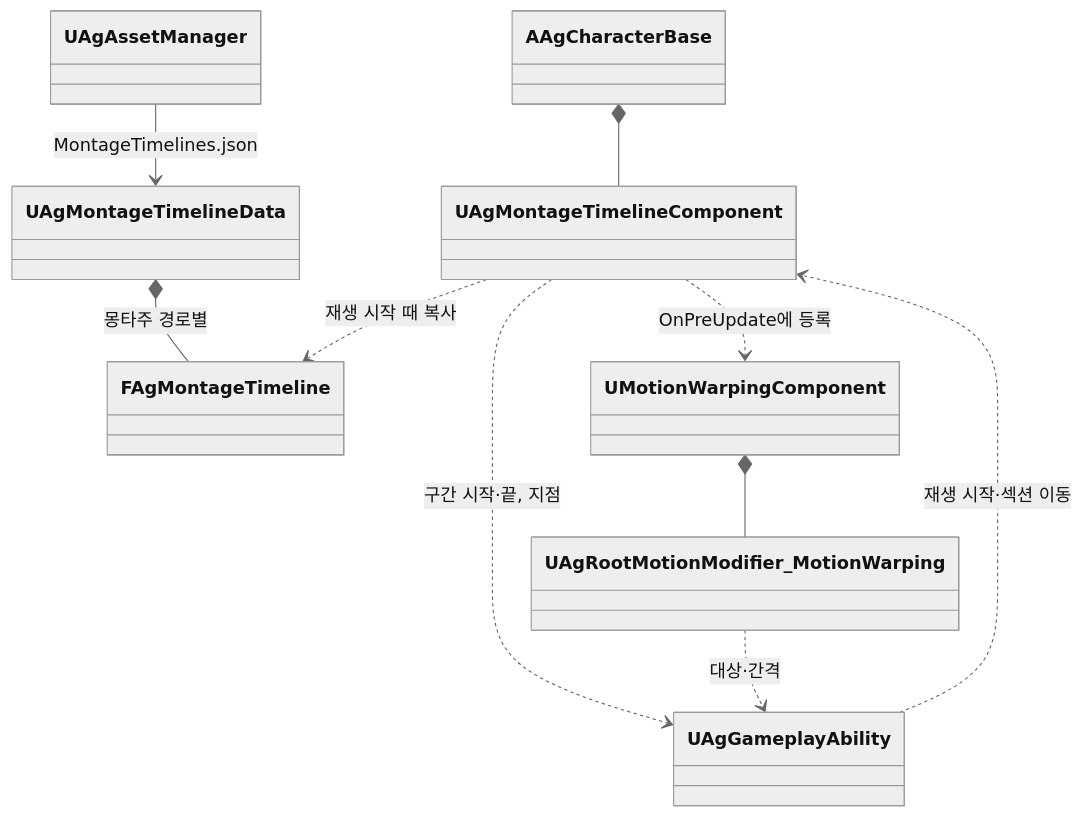
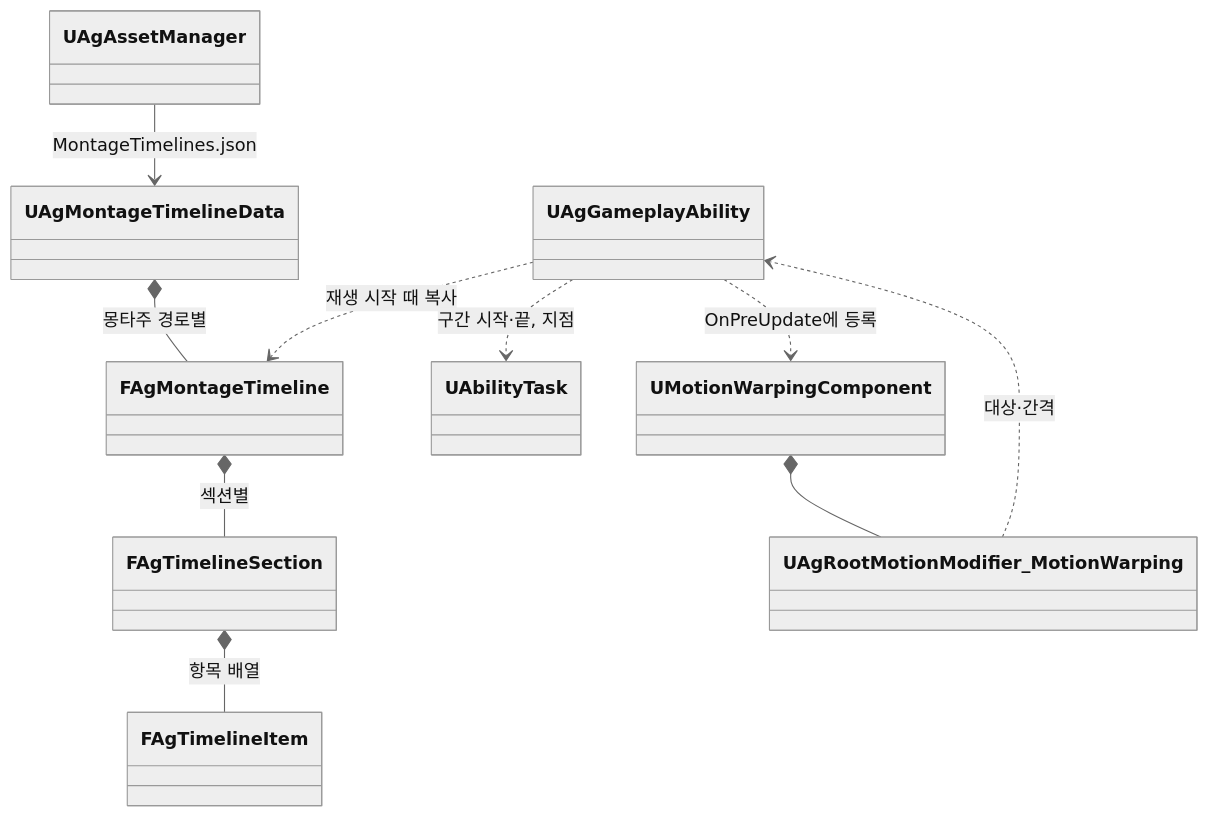
One commit to Woogl/Ag changed the diagram in Docs/Program/몽타주 시간표.md. Above: the diagram before and after it, drawn with Mermaid (neutral theme). The commit also changed other lines of this file and 15 other files, not shown here.

````diff
--- a/Docs/Program/몽타주 시간표.md
+++ b/Docs/Program/몽타주 시간표.md
@@ -113,13 +97,13 @@
 ```mermaid
 classDiagram
     direction TB
     UAgAssetManager --> UAgMontageTimelineData : MontageTimelines.json
     UAgMontageTimelineData *-- FAgMontageTimeline : 몽타주 경로별
-    AAgCharacterBase *-- UAgMontageTimelineComponent
-    UAgMontageTimelineComponent ..> FAgMontageTimeline : 재생 시작 때 복사
-    UAgGameplayAbility ..> UAgMontageTimelineComponent : 재생 시작·섹션 이동
-    UAgMontageTimelineComponent ..> UAgGameplayAbility : 구간 시작·끝, 지점
-    UAgMontageTimelineComponent ..> UMotionWarpingComponent : OnPreUpdate에 등록
+    FAgMontageTimeline *-- FAgTimelineSection : 섹션별
+    FAgTimelineSection *-- FAgTimelineItem : 항목 배열
+    UAgGameplayAbility ..> FAgMontageTimeline : 재생 시작 때 복사
+    UAgGameplayAbility ..> UAbilityTask : 구간 시작·끝, 지점
+    UAgGameplayAbility ..> UMotionWarpingComponent : OnPreUpdate에 등록
     UMotionWarpingComponent *-- UAgRootMotionModifier_MotionWarping
     UAgRootMotionModifier_MotionWarping ..> UAgGameplayAbility : 대상·간격
 ```
````
